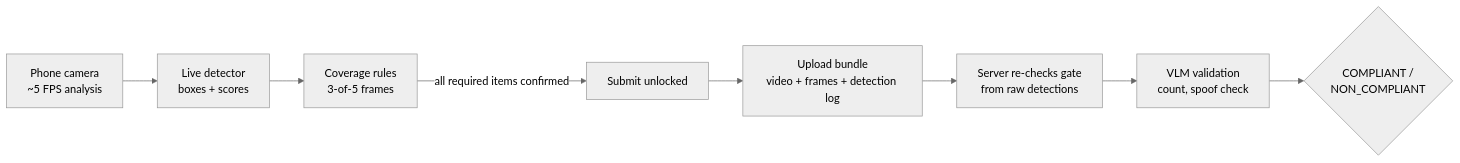
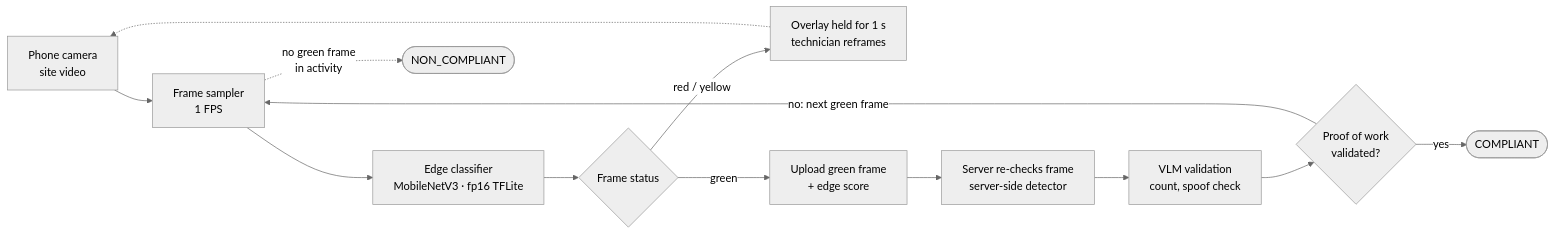
The diagram in README.md (ShrutiKukreja/Vision-on-Edge), drawn with Mermaid (neutral theme) before and after one commit. The commit also changed other lines of this file, not shown here.

````diff
--- a/README.md
+++ b/README.md
@@ -52,10 +56,15 @@
 ```mermaid
 flowchart LR
-    A[Phone camera<br/>~5 FPS analysis] --> B[Live detector<br/>boxes + scores]
-    B --> C[Coverage rules<br/>3-of-5 frames]
-    C -->|all required items confirmed| D[Submit unlocked]
-    D --> E[Upload bundle<br/>video + frames + detection log]
-    E --> F[Server re-checks gate<br/>from raw detections]
-    F --> G[VLM validation<br/>count, spoof check]
-    G --> H{COMPLIANT /<br/>NON_COMPLIANT}
+    A[Phone camera<br/>site video] --> B[Frame sampler<br/>1 FPS]
+    B --> C[Edge classifier<br/>MobileNetV3 · fp16 TFLite]
+    C --> D{Frame status}
+    D -->|red / yellow| E[Overlay held for 1 s<br/>technician reframes]
+    E -.-> A
+    D -->|green| F[Upload green frame<br/>+ edge score]
+    F --> G[Server re-checks frame<br/>server-side detector]
+    G --> H[VLM validation<br/>count, spoof check]
+    H --> I{Proof of work<br/>validated?}
+    I -->|no: next green frame| B
+    I -->|yes| J([COMPLIANT])
+    B -.->|no green frame<br/>in activity| K([NON_COMPLIANT])
 ```
````
